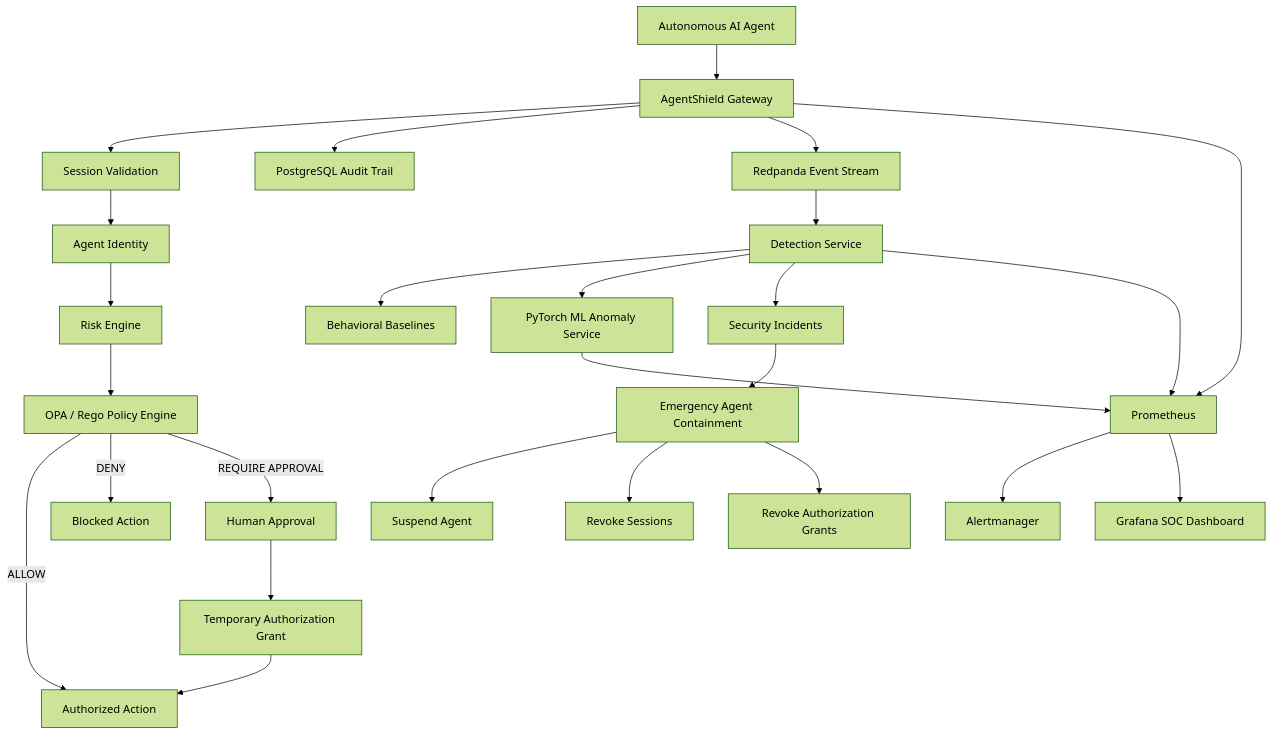
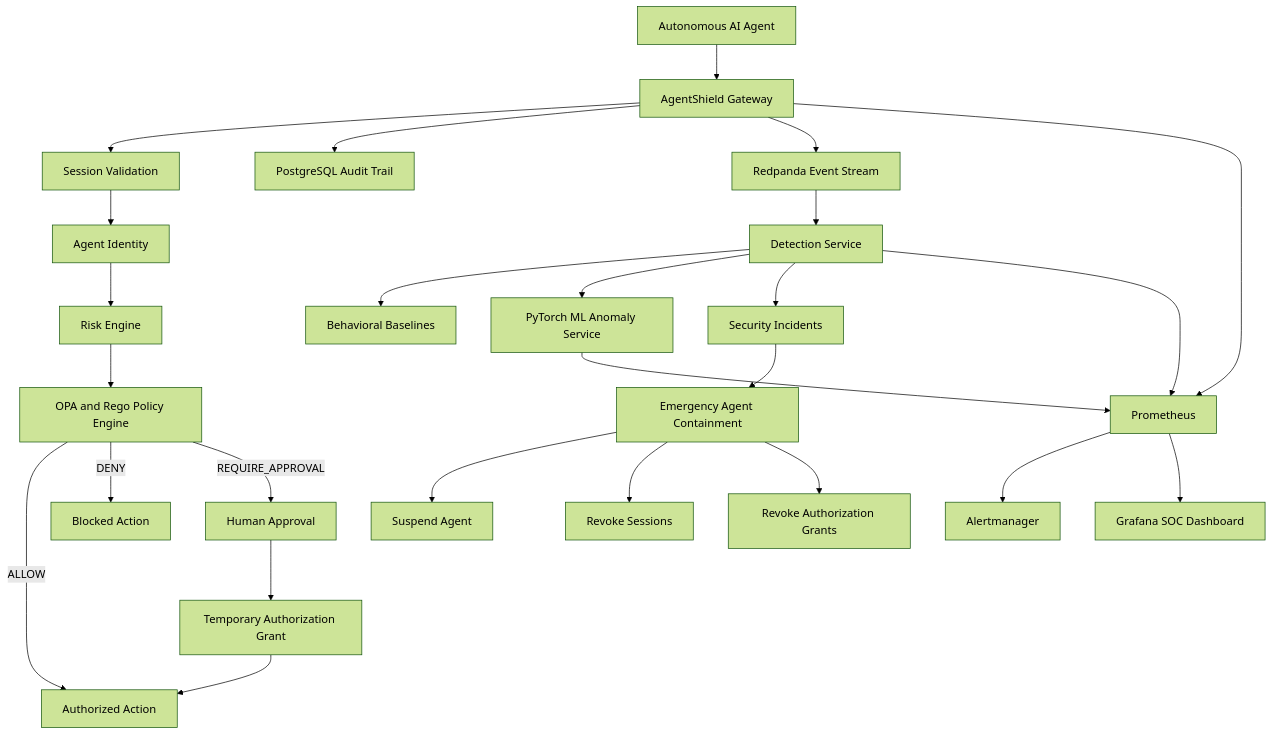
One commit to Dhananjay2799/agentshield changed the diagram in README.md. Above: the diagram before and after it, drawn with Mermaid (forest theme).

Commit message:
docs: fix GitHub Mermaid architecture rendering

````diff
--- a/README.md
+++ b/README.md
@@ -41,38 +41,37 @@
 ```mermaid
 flowchart TD
-    A[Autonomous AI Agent] --> B[AgentShield Gateway]
+    A["Autonomous AI Agent"] --> B["AgentShield Gateway"]
 
-    B --> C[Session Validation]
-    C --> D[Agent Identity]
-    D --> E[Risk Engine]
-    E --> F[OPA / Rego Policy Engine]
+    B --> C["Session Validation"]
+    C --> D["Agent Identity"]
+    D --> E["Risk Engine"]
+    E --> F["OPA and Rego Policy Engine"]
 
-    F -->|ALLOW| G[Authorized Action]
-    F -->|DENY| H[Blocked Action]
-    F -->|REQUIRE APPROVAL| I[Human Approval]
+    F -->|ALLOW| G["Authorized Action"]
+    F -->|DENY| H["Blocked Action"]
+    F -->|REQUIRE_APPROVAL| I["Human Approval"]
 
-    I --> J[Temporary Authorization Grant]
+    I --> J["Temporary Authorization Grant"]
     J --> G
 
-    B --> K[PostgreSQL Audit Trail]
-    B --> L[Redpanda Event Stream]
+    B --> K["PostgreSQL Audit Trail"]
+    B --> L["Redpanda Event Stream"]
 
-    L --> M[Detection Service]
-    M --> N[Behavioral Baselines]
-    M --> O[PyTorch ML Anomaly Service]
+    L --> M["Detection Service"]
+    M --> N["Behavioral Baselines"]
+    M --> O["PyTorch ML Anomaly Service"]
+    M --> P["Security Incidents"]
 
-    M --> P[Security Incidents]
+    P --> Q["Emergency Agent Containment"]
 
-    P --> Q[Emergency Agent Containment]
+    Q --> R["Suspend Agent"]
+    Q --> S["Revoke Sessions"]
+    Q --> T["Revoke Authorization Grants"]
 
-    Q --> R[Suspend Agent]
-    Q --> S[Revoke Sessions]
-    Q --> T[Revoke Authorization Grants]
-
-    M --> U[Prometheus]
+    M --> U["Prometheus"]
     O --> U
     B --> U
 
-    U --> V[Alertmanager]
-    U --> W[Grafana SOC Dashboard]
+    U --> V["Alertmanager"]
+    U --> W["Grafana SOC Dashboard"]
 ```
````
